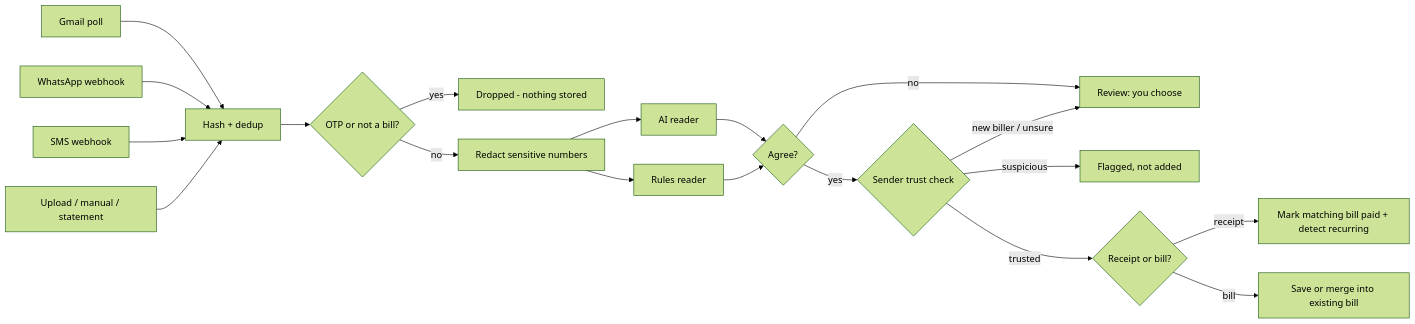
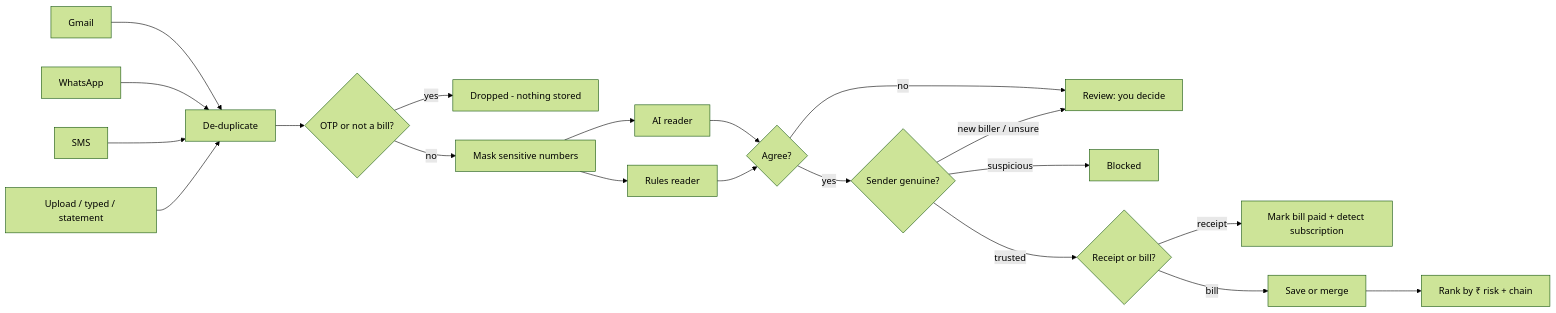
One commit to vishterminal/lifeline changed the diagram in README.md. Above: the diagram before and after it, drawn with Mermaid (forest theme). The commit also changed other lines of this file and 34 other files, not shown here.

````diff
--- a/README.md
+++ b/README.md
@@ -65,19 +68,20 @@
 ```mermaid
 flowchart LR
-  G[Gmail poll] --> P
-  W[WhatsApp webhook] --> P
-  S[SMS webhook] --> P
-  U[Upload / manual / statement] --> P
-  P[Hash + dedup] --> F{OTP or not a bill?}
+  G[Gmail] --> P
+  W[WhatsApp] --> P
+  S[SMS] --> P
+  U[Upload / typed / statement] --> P
+  P[De-duplicate] --> F{OTP or not a bill?}
   F -- yes --> X[Dropped - nothing stored]
-  F -- no --> R[Redact sensitive numbers]
+  F -- no --> R[Mask sensitive numbers]
   R --> A[AI reader] & B[Rules reader]
   A & B --> C{Agree?}
-  C -- no --> Q[Review: you choose]
-  C -- yes --> T{Sender trust check}
-  T -- suspicious --> FL[Flagged, not added]
+  C -- no --> Q[Review: you decide]
+  C -- yes --> T{Sender genuine?}
+  T -- suspicious --> FL[Blocked]
   T -- new biller / unsure --> Q
   T -- trusted --> K{Receipt or bill?}
-  K -- receipt --> PD[Mark matching bill paid + detect recurring]
-  K -- bill --> SV[Save or merge into existing bill]
+  K -- receipt --> PD[Mark bill paid + detect subscription]
+  K -- bill --> SV[Save or merge]
+  SV --> RK[Rank by ₹ risk + chain]
 ```
````
